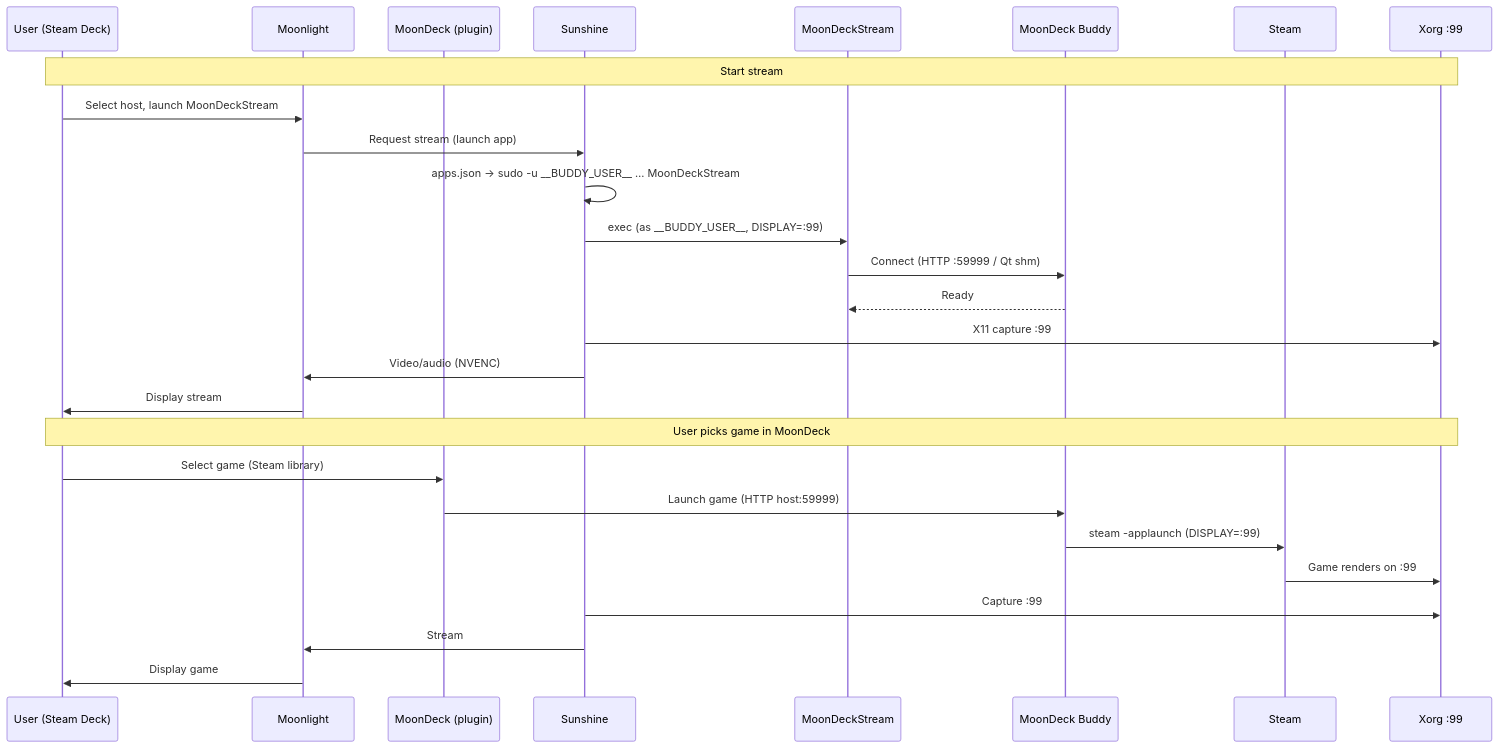
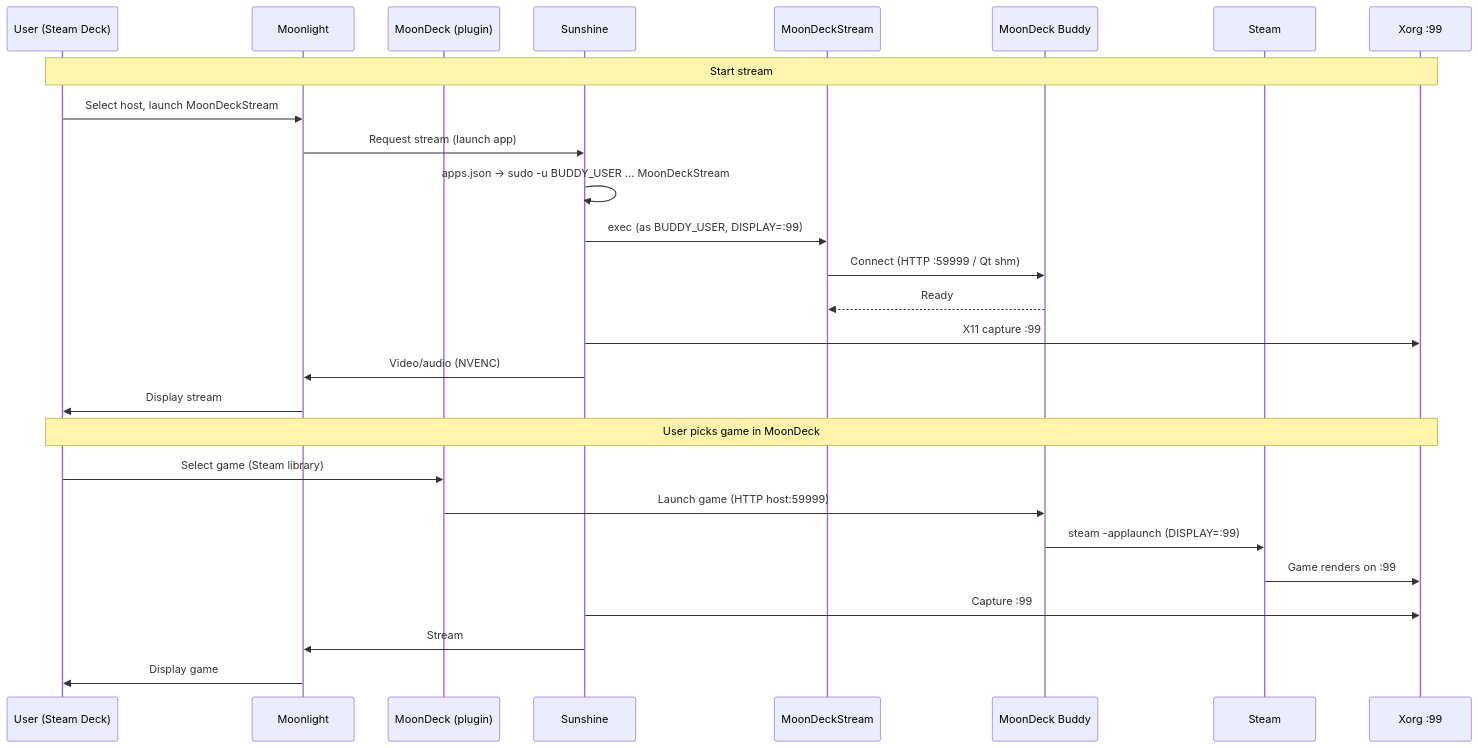
Before and after one commit to BenStringer3/StreamDeck2: the second of 2 diagrams in README.md, drawn with Mermaid. The commit also changed other lines of this file and 15 other files, not shown here.

````diff
--- a/README.md
+++ b/README.md
@@ -78,31 +80,31 @@
 ```mermaid
 sequenceDiagram
     participant User as User (Steam Deck)
     participant Moonlight as Moonlight
     participant MoonDeck as MoonDeck (plugin)
     participant Sunshine as Sunshine
     participant MDS as MoonDeckStream
     participant Buddy as MoonDeck Buddy
     participant Steam as Steam
     participant Xorg as Xorg :99
 
     Note over User,Xorg: Start stream
     User->>Moonlight: Select host, launch MoonDeckStream
     Moonlight->>Sunshine: Request stream (launch app)
-    Sunshine->>Sunshine: apps.json → sudo -u __BUDDY_USER__ … MoonDeckStream
-    Sunshine->>MDS: exec (as __BUDDY_USER__, DISPLAY=:99)
+    Sunshine->>Sunshine: apps.json → sudo -u BUDDY_USER … MoonDeckStream
+    Sunshine->>MDS: exec (as BUDDY_USER, DISPLAY=:99)
     MDS->>Buddy: Connect (HTTP :59999 / Qt shm)
     Buddy-->>MDS: Ready
     Sunshine->>Xorg: X11 capture :99
     Sunshine->>Moonlight: Video/audio (NVENC)
     Moonlight->>User: Display stream
 
     Note over User,Xorg: User picks game in MoonDeck
     User->>MoonDeck: Select game (Steam library)
     MoonDeck->>Buddy: Launch game (HTTP host:59999)
     Buddy->>Steam: steam -applaunch (DISPLAY=:99)
     Steam->>Xorg: Game renders on :99
     Sunshine->>Xorg: Capture :99
     Sunshine->>Moonlight: Stream
     Moonlight->>User: Display game
 ```
````
